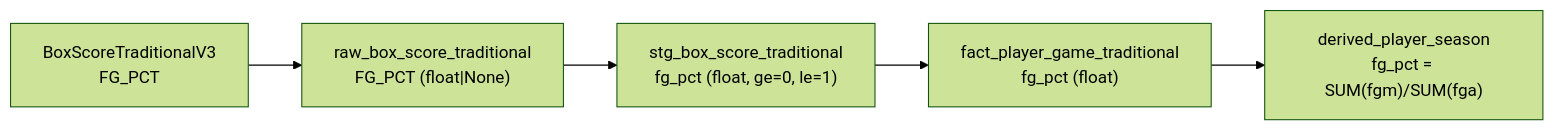
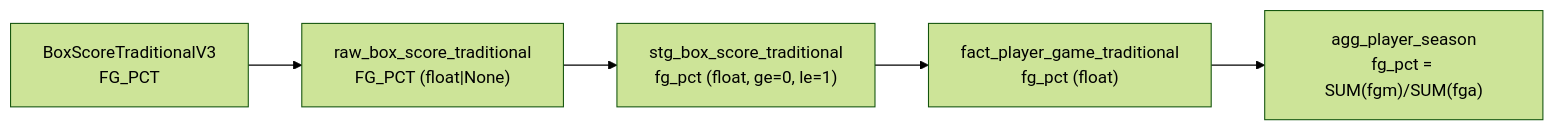
One commit to wyattowalsh/nbadb changed the fourth of 11 diagrams in docs/content/docs/lineage/column-lineage.mdx. Above: the diagram before and after it, drawn with Mermaid (forest theme). The commit also changed other lines of this file and 318 other files, not shown here.

````diff
--- a/docs/content/docs/lineage/column-lineage.mdx
+++ b/docs/content/docs/lineage/column-lineage.mdx
@@ -61,7 +111,7 @@
 ```mermaid
 flowchart LR
     A["BoxScoreTraditionalV3\nFG_PCT"] --> B["raw_box_score_traditional\nFG_PCT (float|None)"]
     B --> C["stg_box_score_traditional\nfg_pct (float, ge=0, le=1)"]
     C --> D["fact_player_game_traditional\nfg_pct (float)"]
-    D --> E["derived_player_season\nfg_pct = SUM(fgm)/SUM(fga)"]
+    D --> E["agg_player_season\nfg_pct = SUM(fgm)/SUM(fga)"]
 ```
````
